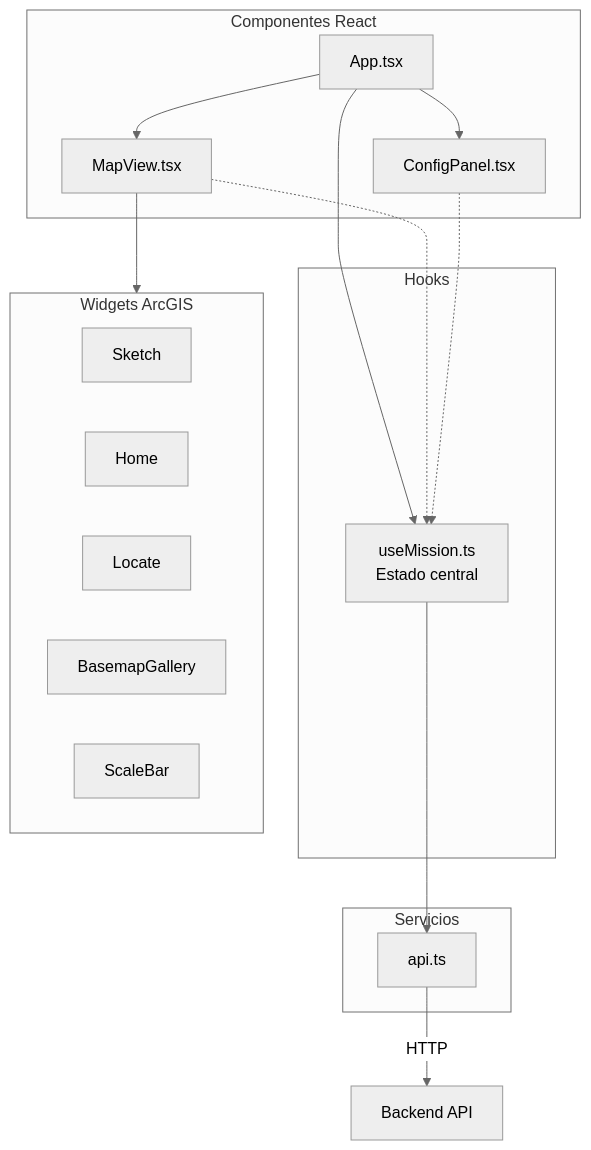
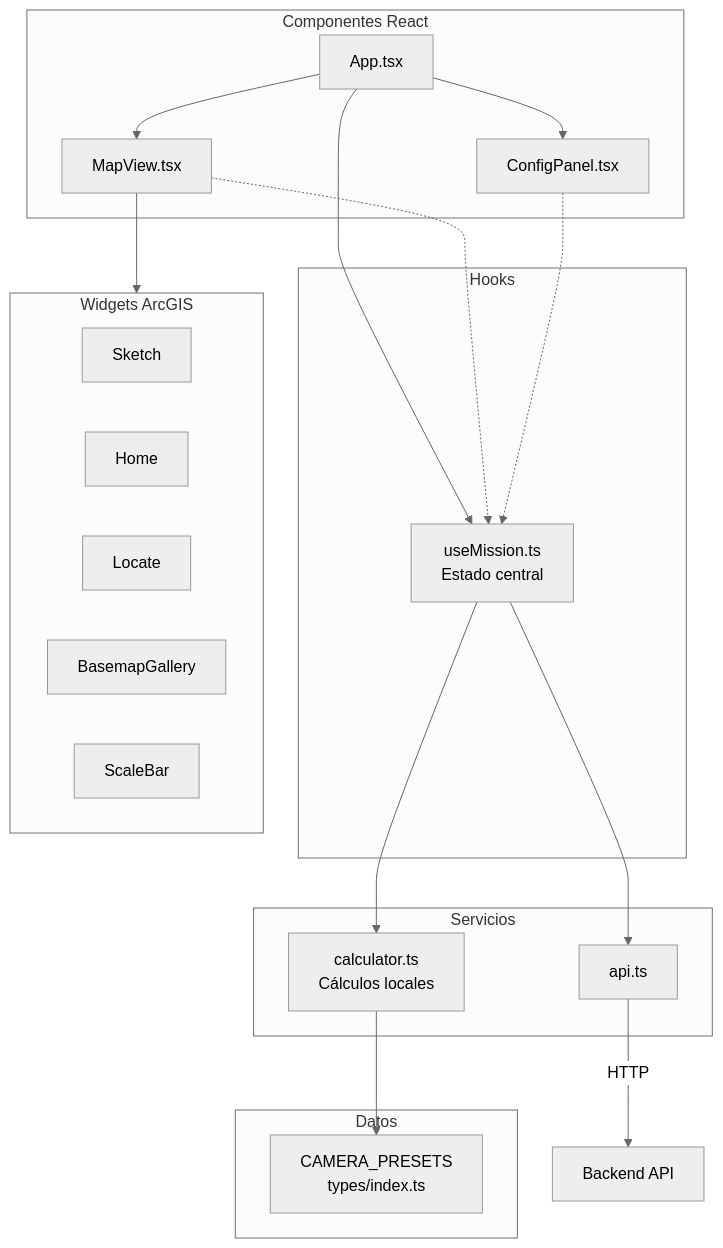
One commit to geoai-latam/WaypointsDJI changed the first of 3 diagrams in geoflight/frontend/README.md. Above: the diagram before and after it, drawn with Mermaid (neutral theme). The commit also changed other lines of this file and 2 other files, not shown here.

````diff
--- a/geoflight/frontend/README.md
+++ b/geoflight/frontend/README.md
@@ -9,35 +9,42 @@
 ```mermaid
 flowchart TB
     subgraph Components["Componentes React"]
         APP["App.tsx"]
         MAP["MapView.tsx"]
         CONFIG["ConfigPanel.tsx"]
     end
 
     subgraph Hooks["Hooks"]
         MISSION["useMission.ts<br/>Estado central"]
     end
 
     subgraph Services["Servicios"]
+        CALC["calculator.ts<br/>Cálculos locales"]
         API["api.ts"]
+    end
+
+    subgraph Data["Datos"]
+        PRESETS["CAMERA_PRESETS<br/>types/index.ts"]
     end
 
     subgraph ArcGIS["Widgets ArcGIS"]
         SKETCH["Sketch"]
         HOME["Home"]
         LOCATE["Locate"]
         BASEMAP["BasemapGallery"]
         SCALE["ScaleBar"]
     end
 
     APP --> MAP
     APP --> CONFIG
     APP --> MISSION
 
     MAP --> ArcGIS
     MAP -.-> MISSION
     CONFIG -.-> MISSION
 
+    MISSION --> CALC
+    CALC --> PRESETS
     MISSION --> API
     API -->|HTTP| BACKEND["Backend API"]
 ```
````
